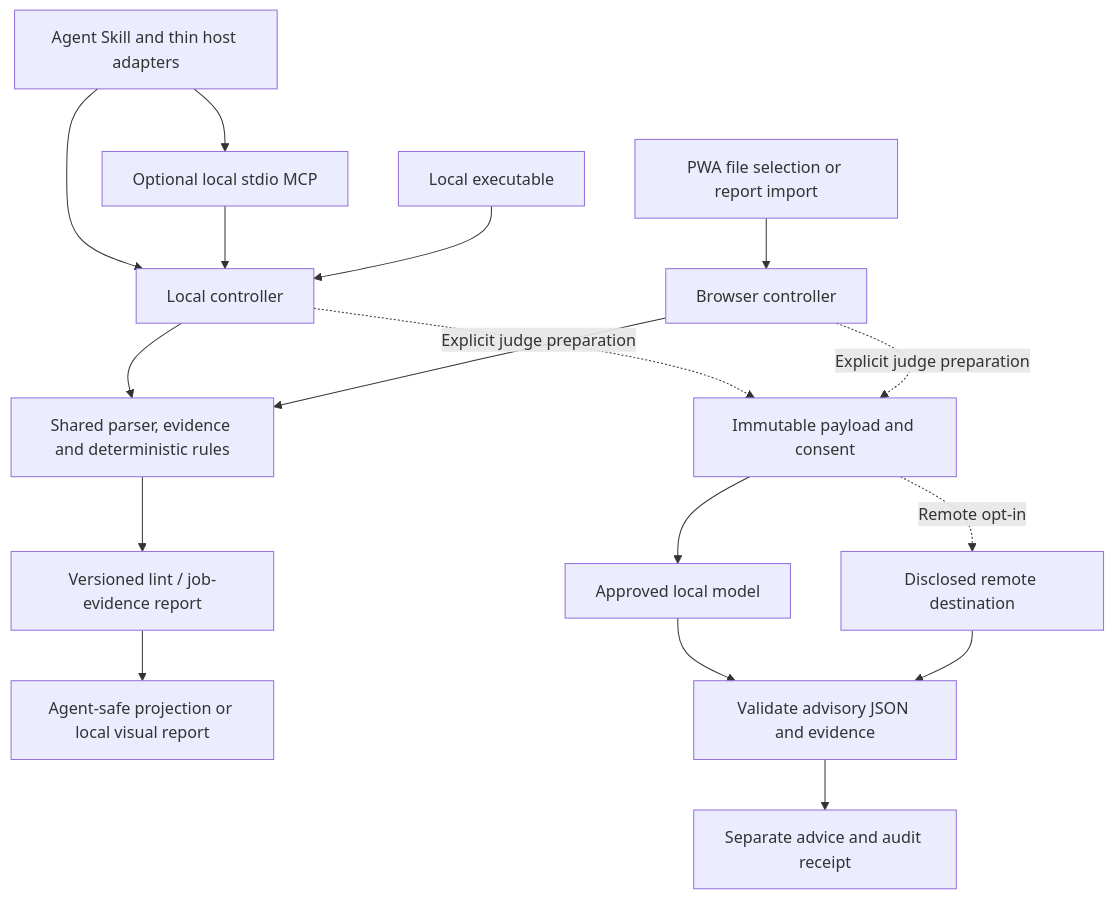
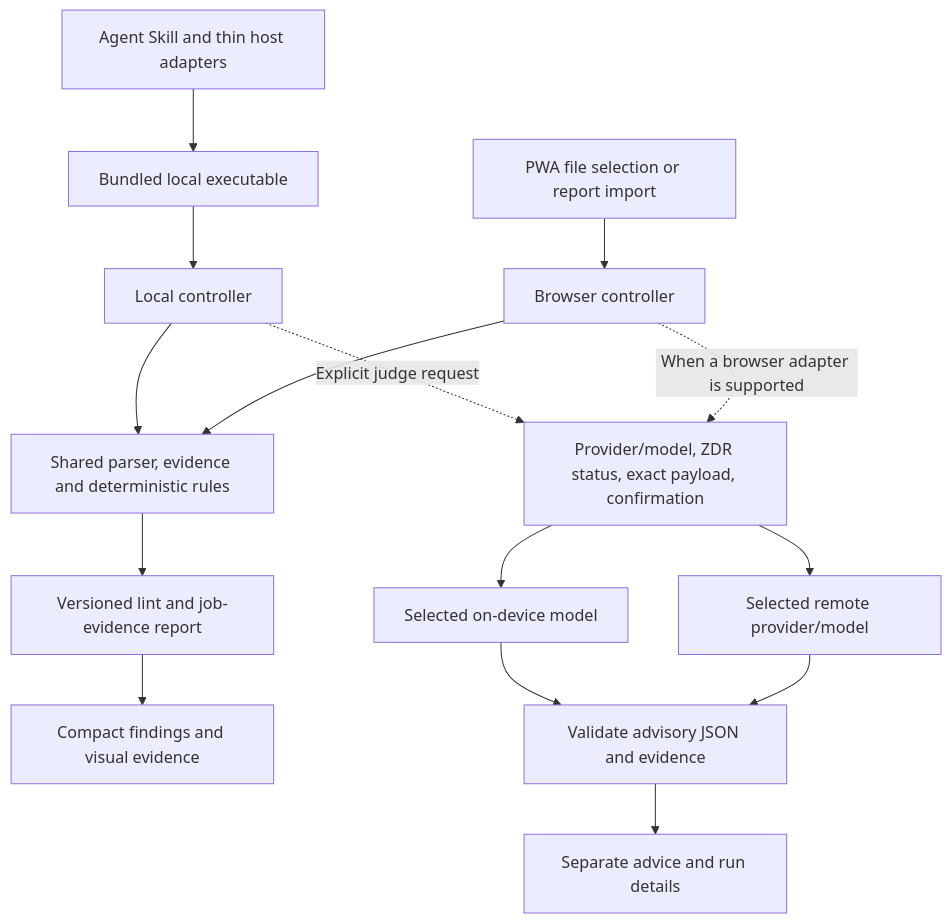
One commit to canbakis/cv-linter changed the diagram in docs/architecture-and-product-plan.md. Above: the diagram before and after it, drawn with Mermaid. The commit also changed other lines of this file and 2 other files, not shown here.

Commit message:
docs: simplify privacy and defer MCP integration

````diff
--- a/docs/architecture-and-product-plan.md
+++ b/docs/architecture-and-product-plan.md
@@ -253,19 +271,17 @@
 ```mermaid
 flowchart TD
-    S[Agent Skill and thin host adapters] --> C[Local controller]
-    S --> M[Optional local stdio MCP]
-    M --> C
-    CLI[Local executable] --> C
+    S[Agent Skill and thin host adapters] --> CLI[Bundled local executable]
+    CLI --> C[Local controller]
     PWA[PWA file selection or report import] --> B[Browser controller]
     C --> E[Shared parser, evidence and deterministic rules]
     B --> E
-    E --> R[Versioned lint / job-evidence report]
-    R --> V[Agent-safe projection or local visual report]
-    C -. Explicit judge preparation .-> Q[Immutable payload and consent]
-    B -. Explicit judge preparation .-> Q
-    Q --> L[Approved local model]
-    Q -. Remote opt-in .-> X[Disclosed remote destination]
+    E --> R[Versioned lint and job-evidence report]
+    R --> V[Compact findings and visual evidence]
+    C -. Explicit judge request .-> Q[Provider/model, ZDR status, exact payload, confirmation]
+    B -. When a browser adapter is supported .-> Q
+    Q --> L[Selected on-device model]
+    Q --> X[Selected remote provider/model]
     L --> J[Validate advisory JSON and evidence]
     X --> J
-    J --> A[Separate advice and audit receipt]
+    J --> A[Separate advice and run details]
 ```
````
